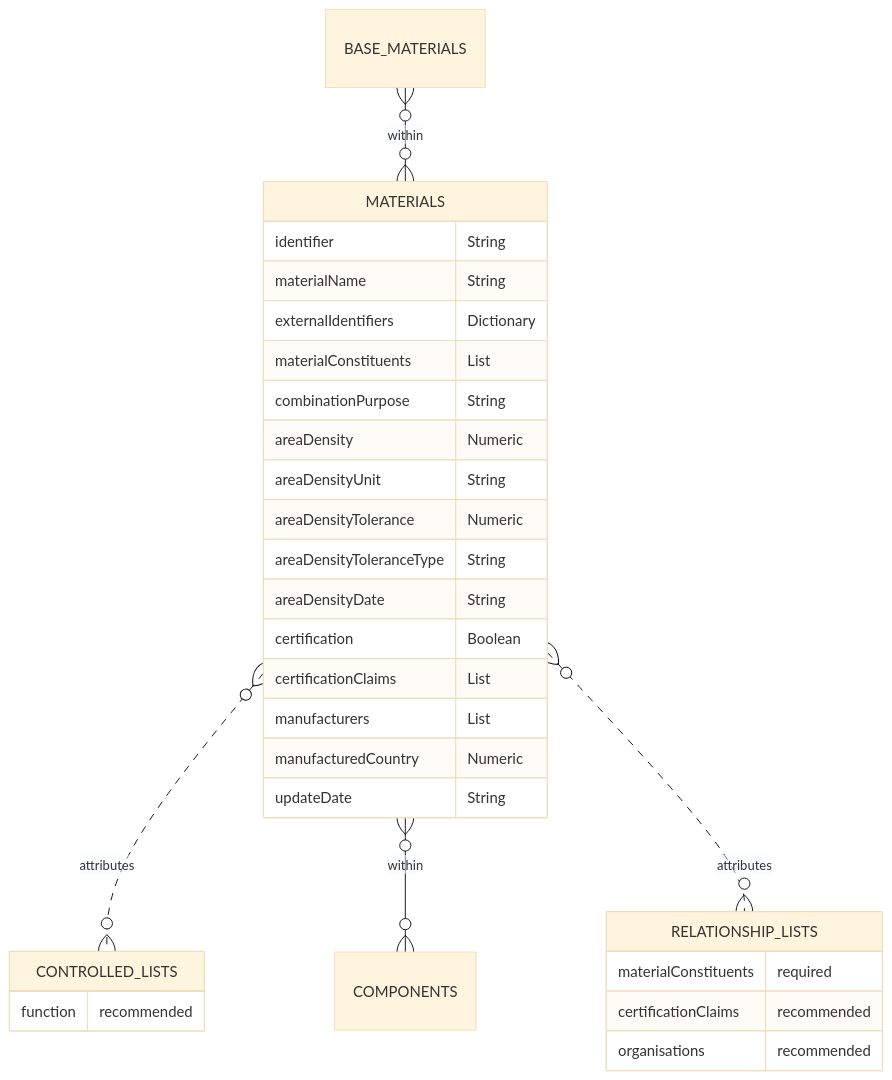
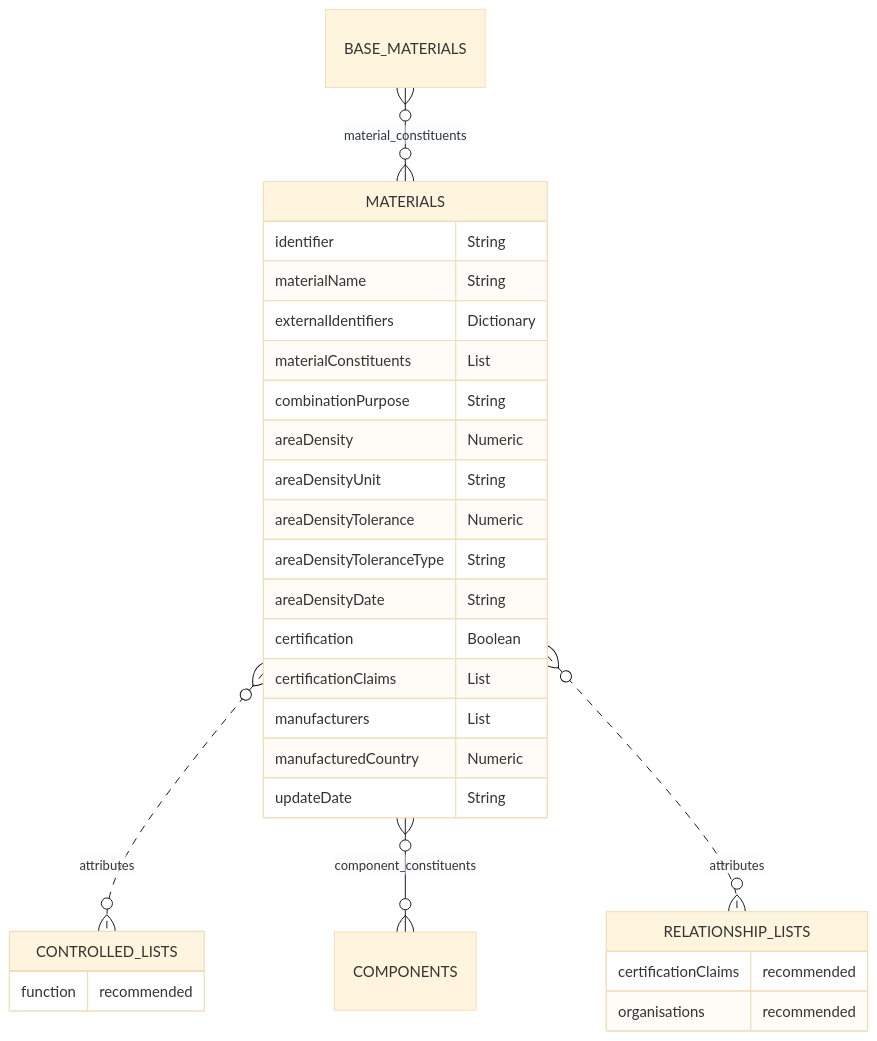
The diagram in docs/3_Data_Specification/3_2_Materials.md (OpenDataManchester/Open3P), drawn with Mermaid (base theme) before and after one commit.

Commit message:
Update Materials with constituents joins

````diff
--- a/docs/3_Data_Specification/3_2_Materials.md
+++ b/docs/3_Data_Specification/3_2_Materials.md
@@ -31,32 +31,31 @@
 ``` mermaid
 erDiagram
-BASE_MATERIALS }o--o{ MATERIALS : within
+BASE_MATERIALS }o--o{ MATERIALS : material_constituents
   MATERIALS {
     identifier String
     materialName String
     externalIdentifiers Dictionary
     materialConstituents List
     combinationPurpose String
     areaDensity Numeric
     areaDensityUnit String
     areaDensityTolerance Numeric
     areaDensityToleranceType String
     areaDensityDate String
     certification Boolean
     certificationClaims List
     manufacturers List
     manufacturedCountry Numeric
     updateDate String
   }
   MATERIALS }o..o{ CONTROLLED_LISTS : attributes
-  MATERIALS }o--o{ COMPONENTS : within
+  MATERIALS }o--o{ COMPONENTS : component_constituents
   MATERIALS }o..o{ RELATIONSHIP_LISTS : attributes
         CONTROLLED_LISTS {
     function recommended
     }
         RELATIONSHIP_LISTS {
-    materialConstituents required
     certificationClaims recommended
     organisations recommended
       }
 ```
````
